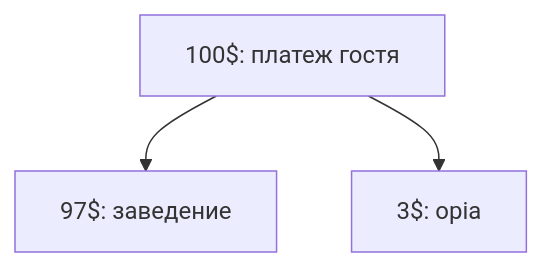
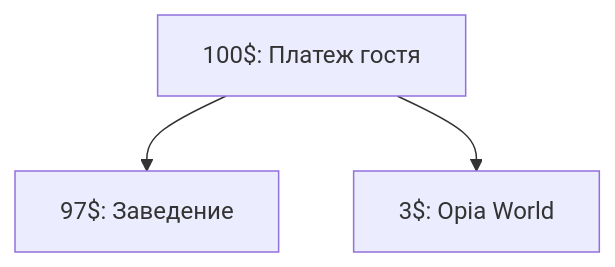
One commit to opia-world/opia-world.github.io changed the diagram in pages/monetization.mdx. Above: the diagram before and after it, drawn with Mermaid. The commit also changed other lines of this file and 19 other files, not shown here.

````diff
--- a/pages/monetization.mdx
+++ b/pages/monetization.mdx
@@ -16,8 +16,8 @@
 ```mermaid
 graph TD;
-A[100$: платеж гостя];
-B[97$: заведение];
-C[3$: opia];
+A[100$: Платеж гостя];
+B[97$: Заведение];
+C[3$: Opia World];
 A --> B;
 A --> C;
 ```
````
